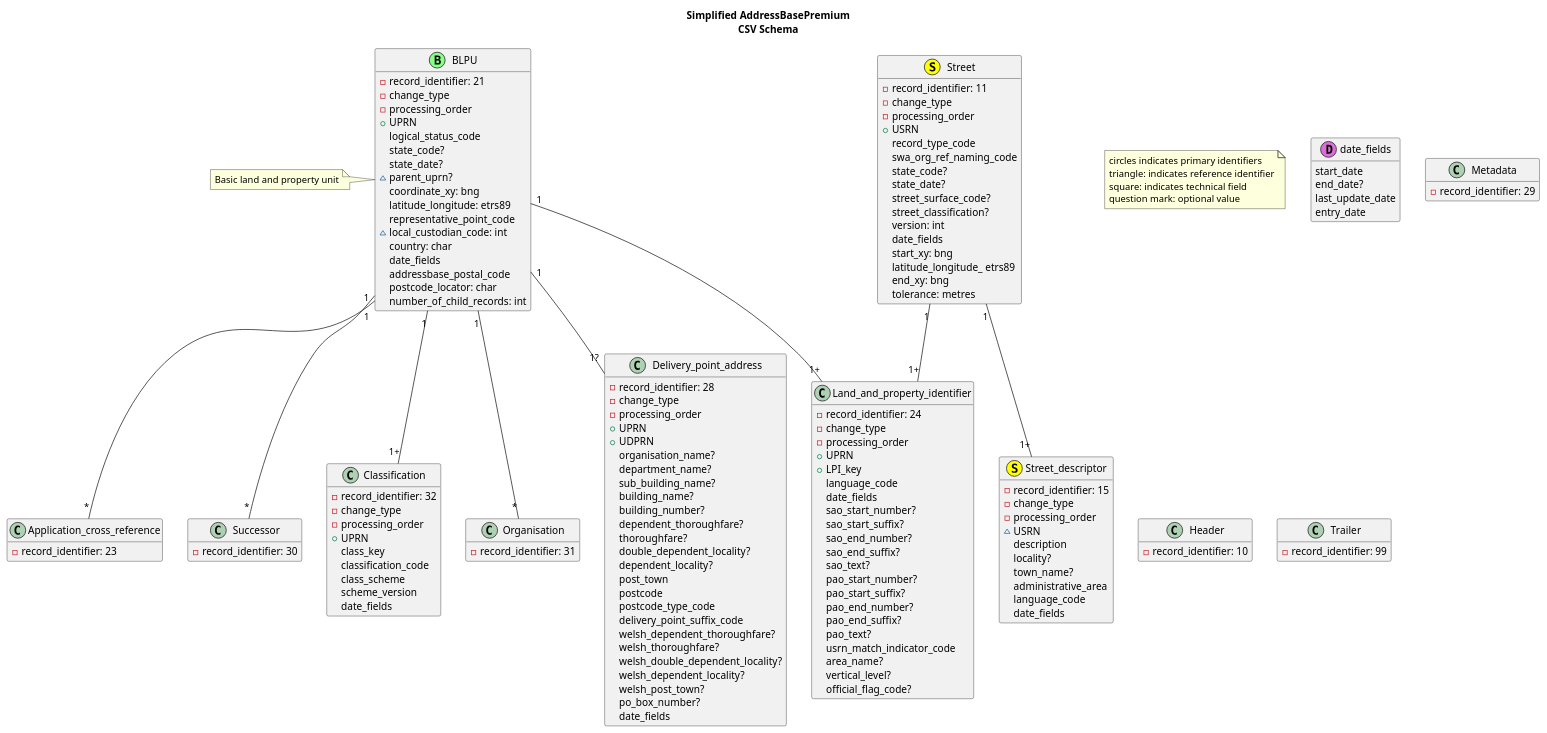
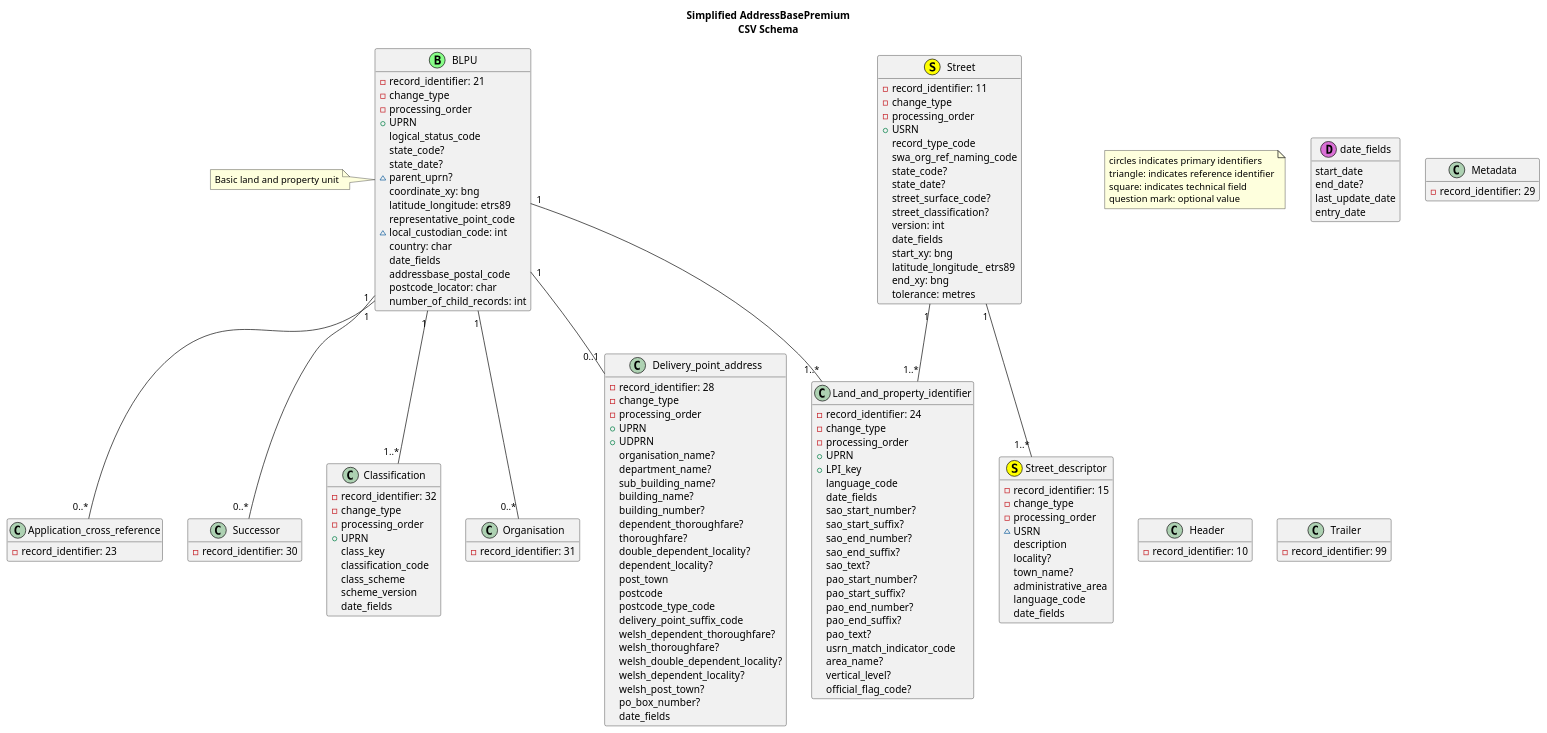
Before and after one commit to openregister/address-reputation-ingester: the diagram in docs/distilled-schema.puml, drawn with PlantUML. The commit also changed 2 other files, not shown here.

```diff
--- a/docs/distilled-schema.puml
+++ b/docs/distilled-schema.puml
@@ -1,166 +1,166 @@
 @startuml
 
 title <b>Simplified AddressBasePremium</b>\nCSV Schema
 
 note "circles indicates primary identifiers\ntriangle: indicates reference identifier\nsquare: indicates technical field\nquestion mark: optional value" as N2
 
 class date_fields << (D,orchid) >> {
  start_date
  end_date?
  last_update_date
  entry_date
 }
 
 class Application_cross_reference {
  -record_identifier: 23
 }
 
 class Successor {
  -record_identifier: 30
 }
 
 class Classification {
  -record_identifier: 32
  -change_type
  -processing_order
  +UPRN
  class_key
  classification_code
  class_scheme
  scheme_version
  date_fields
 }
 
 class Organisation {
  -record_identifier: 31
 }
 
 class Metadata {
  -record_identifier: 29
 }
 
 class Header {
  -record_identifier: 10
 }
 
 class Trailer {
  -record_identifier: 99
 }
 
 class Street << (S,yellow) >> {
  -record_identifier: 11
  -change_type
  -processing_order
  +USRN
  record_type_code
  swa_org_ref_naming_code
  state_code?
  state_date?
  street_surface_code?
  street_classification?
  version: int
  date_fields
  start_xy: bng
  latitude_longitude_ etrs89
  end_xy: bng
  tolerance: metres
 }
 
 class Street_descriptor << (S,yellow) >> {
  -record_identifier: 15
  -change_type
  -processing_order
  ~USRN
  description
  locality?
  town_name?
  administrative_area
  language_code
  date_fields
 }
 
 class BLPU << (B,#88FF88) >> {
  -record_identifier: 21
  -change_type
  -processing_order
  +UPRN
  logical_status_code
  state_code?
  state_date?
  ~parent_uprn?
  coordinate_xy: bng
  latitude_longitude: etrs89
  representative_point_code
  ~local_custodian_code: int
  country: char
  date_fields
  addressbase_postal_code
  postcode_locator: char
  number_of_child_records: int
 }
 
 note left: Basic land and property unit
 
 class Land_and_property_identifier {
  -record_identifier: 24
  -change_type
  -processing_order
  +UPRN
  +LPI_key
  language_code
  date_fields
  sao_start_number?
  sao_start_suffix?
  sao_end_number?
  sao_end_suffix?
  sao_text?
  pao_start_number?
  pao_start_suffix?
  pao_end_number?
  pao_end_suffix?
  pao_text?
  usrn_match_indicator_code
  area_name?
  vertical_level?
  official_flag_code?
 }
 
 class Delivery_point_address {
  -record_identifier: 28
  -change_type
  -processing_order
  +UPRN
  +UDPRN
  organisation_name?
  department_name?
  sub_building_name?
  building_name?
  building_number?
  dependent_thoroughfare?
  thoroughfare?
  double_dependent_locality?
  dependent_locality?
  post_town
  postcode
  postcode_type_code
  delivery_point_suffix_code
  welsh_dependent_thoroughfare?
  welsh_thoroughfare?
  welsh_double_dependent_locality?
  welsh_dependent_locality?
  welsh_post_town?
  po_box_number?
  date_fields
 }
 
-BLPU "1" -- "1?" Delivery_point_address
-BLPU "1" -- "1+" Land_and_property_identifier
-Street "1" -- "1+" Land_and_property_identifier
-Street "1" -- "1+" Street_descriptor
-BLPU "1" -- "1+" Classification
-BLPU "1" -- "*" Application_cross_reference
-BLPU "1" -- "*" Successor
-BLPU "1" -- "*" Organisation
+BLPU "1" -- "0..1" Delivery_point_address
+BLPU "1" -- "1..*" Land_and_property_identifier
+Street "1" -- "1..*" Land_and_property_identifier
+Street "1" -- "1..*" Street_descriptor
+BLPU "1" -- "1..*" Classification
+BLPU "1" -- "0..*" Application_cross_reference
+BLPU "1" -- "0..*" Successor
+BLPU "1" -- "0..*" Organisation
 
 hide class methods
 @enduml
```
